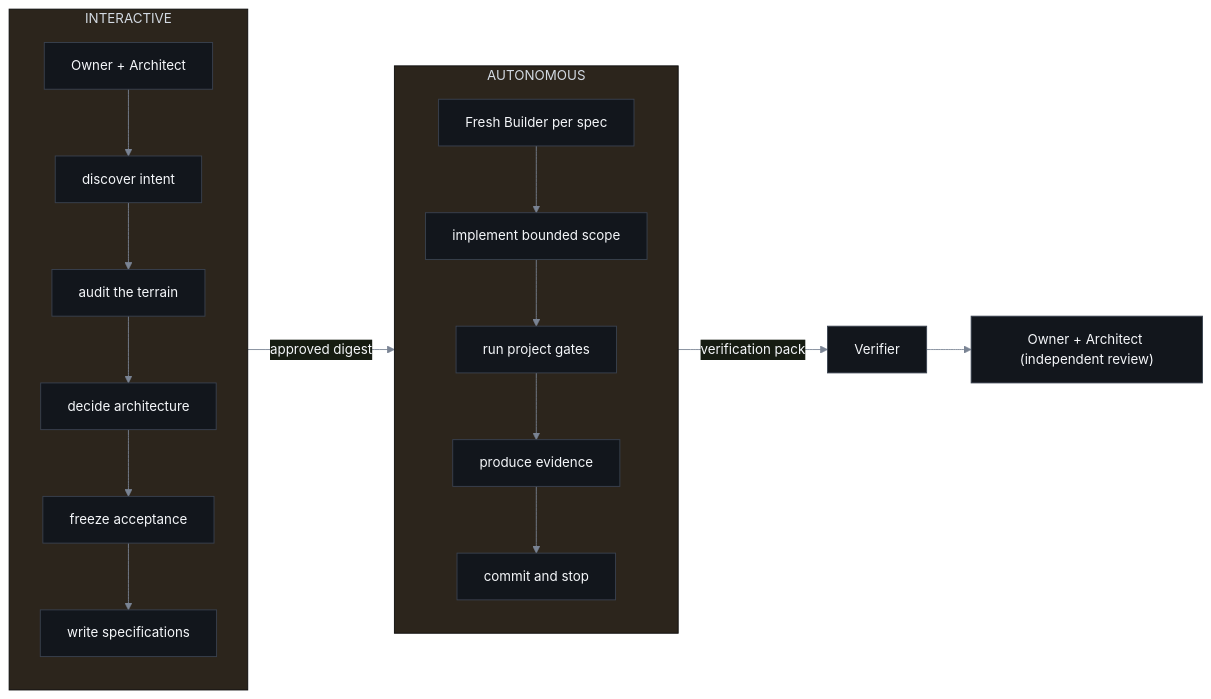
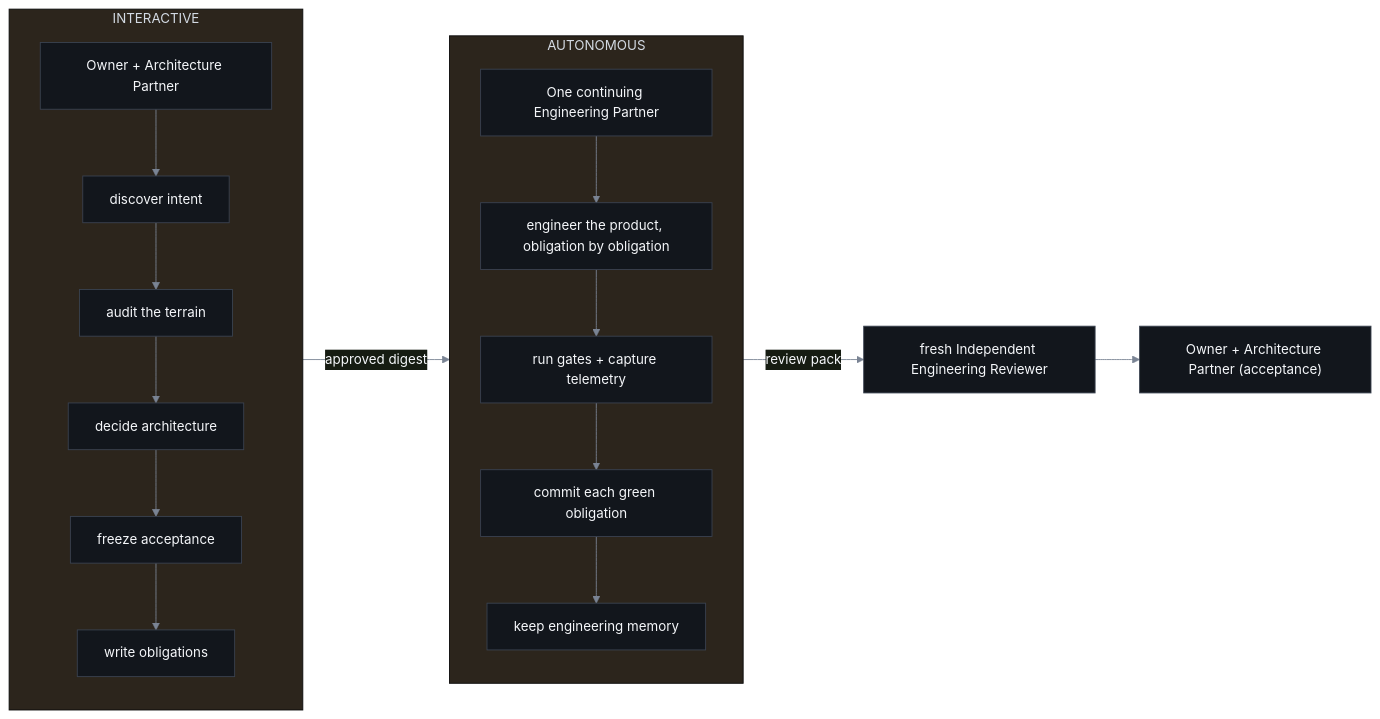
Before and after one commit to JBombar/BOMBAR: the diagram in assets/diagram-boundary.mmd, drawn with Mermaid. The commit also changed 21 other files, not shown here.

```diff
--- a/assets/diagram-boundary.mmd
+++ b/assets/diagram-boundary.mmd
@@ -1,22 +1,22 @@
 %%{init: {"theme": "base", "themeVariables": {"fontFamily": "Segoe UI, Helvetica, Arial, sans-serif", "fontSize": "15px", "primaryColor": "#12161c", "primaryTextColor": "#f5f7fa", "primaryBorderColor": "#3a4250", "lineColor": "#7a8494"}}}%%
 flowchart LR
     subgraph I["INTERACTIVE"]
         direction TB
-        A["Owner + Architect"] --> B["discover intent"]
+        A["Owner + Architecture Partner"] --> B["discover intent"]
         B --> C["audit the terrain"]
         C --> D["decide architecture"]
         D --> E["freeze acceptance"]
-        E --> F["write specifications"]
+        E --> F["write obligations"]
     end
 
     subgraph A2["AUTONOMOUS"]
         direction TB
-        G["Fresh Builder per spec"] --> H["implement bounded scope"]
-        H --> I2["run project gates"]
-        I2 --> J["produce evidence"]
-        J --> K["commit and stop"]
+        G["One continuing Engineering Partner"] --> H["engineer the product, obligation by obligation"]
+        H --> I2["run gates + capture telemetry"]
+        I2 --> J["commit each green obligation"]
+        J --> K["keep engineering memory"]
     end
 
     F -- "approved digest" --> G
-    K -- "verification pack" --> L["Verifier"]
-    L --> M["Owner + Architect (independent review)"]
+    K -- "review pack" --> L["fresh Independent Engineering Reviewer"]
+    L --> M["Owner + Architecture Partner (acceptance)"]
```
